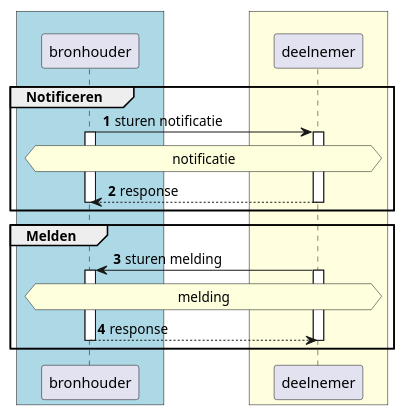
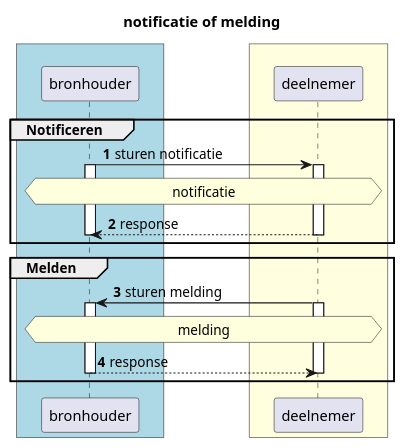
The diagram in plantUMLsrc/rfc008-01-notificatie_melding.puml (iStandaarden/iWlz-RequestForComment), drawn with PlantUML before and after one commit. The commit also changed 3 other files, not shown here.

```diff
--- a/plantUMLsrc/rfc008-01-notificatie_melding.puml
+++ b/plantUMLsrc/rfc008-01-notificatie_melding.puml
@@ -1,31 +1,32 @@
-@startuml notificatie
+@startuml rfc008-01-notificatie_melding
+title notificatie of melding
 skinparam handwritten false
 skinparam participantpadding 20
 skinparam boxpadding 40
-autonumber 1
+autonumber 001
 box  #lightblue
 participant "bronhouder" as bs
 end box
 
 box  #lightyellow
 participant "deelnemer" as dbs
 end box
 
 Group Notificeren
     bs -> dbs : sturen notificatie
     hnote across:notificatie
     activate bs
     activate dbs
     return response
     deactivate bs
 end
 
 Group Melden
     dbs -> bs: sturen melding
     hnote across:melding
     activate bs
     activate dbs
     return response
     deactivate dbs
 end
 @enduml
```
